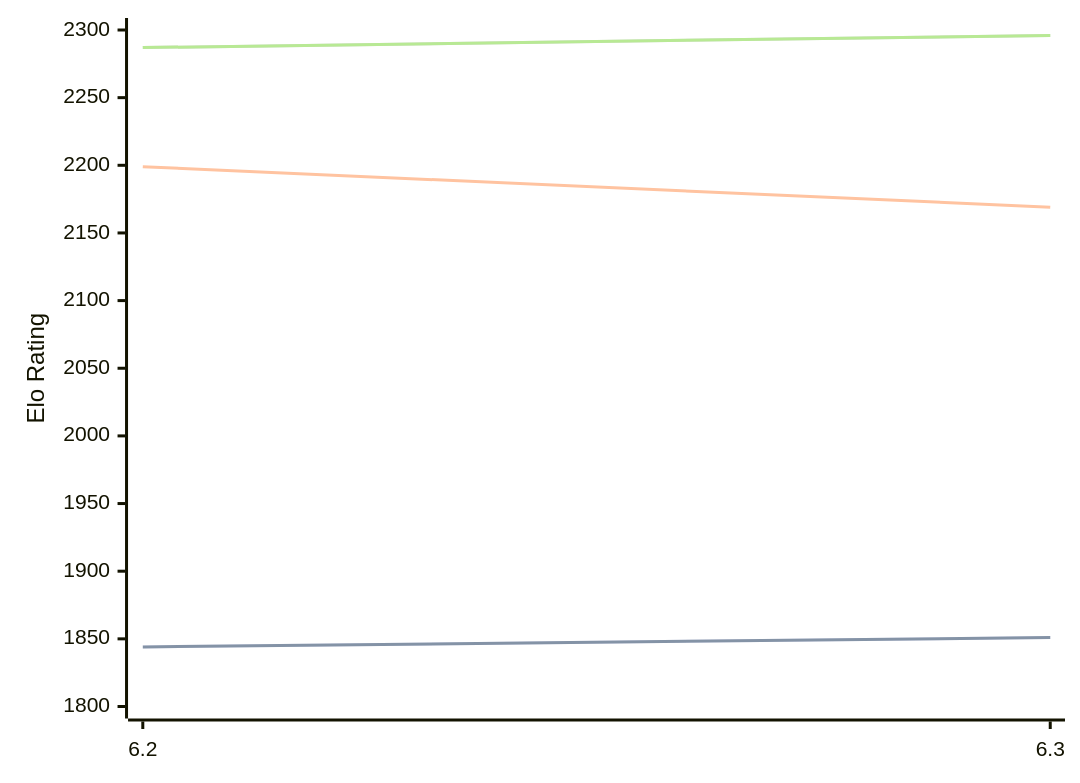
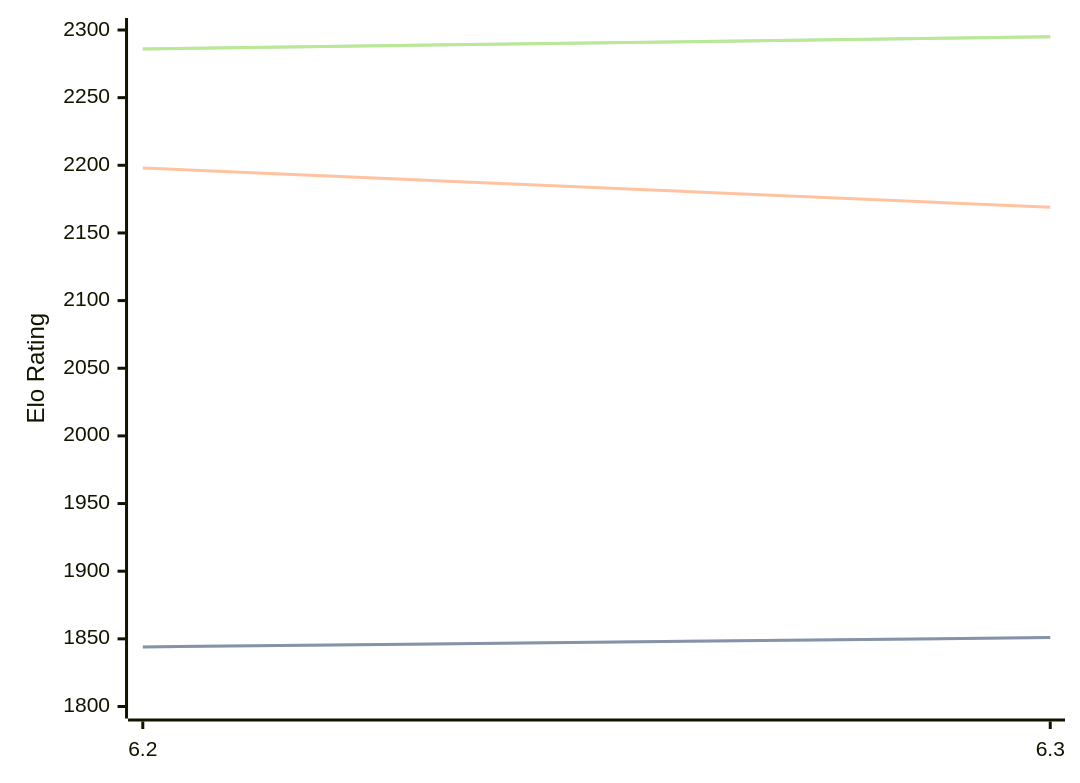
One commit to computer-chess-index/cci changed the diagram in engines/chess4j.md. Above: the diagram before and after it, drawn with Mermaid. The commit also changed other lines of this file, not shown here.

Commit message:
Update CCI Ratings (ELO VLTC) - 2026-07-29

````diff
--- a/engines/chess4j.md
+++ b/engines/chess4j.md
@@ -38,11 +38,11 @@
 ```mermaid
 %%{init: {"theme":"base","themeVariables":{"seriesColors:['#a3a3a3','#222221','#faa371']}}}%%
 xychart-beta
   x-axis ["6.2", "6.3"]
   y-axis "Elo Rating" 1800 --> 2300
   line "STC (8.0+0.08s)" [1844, 1851]
   line "STC (8.0+0.08s)" [1844, 1851]
-  line "LTC (60.0+0.60s)" [2199, 2169]
-  line "VLTC (2m24s+1.12s)" [2287, 2296]
-  line "VLTC (2m24s+1.12s)" [2287, 2296]
+  line "LTC (60.0+0.60s)" [2198, 2169]
+  line "VLTC (2m24s+1.12s)" [2286, 2295]
+  line "VLTC (2m24s+1.12s)" [2286, 2295]
 ```
````
